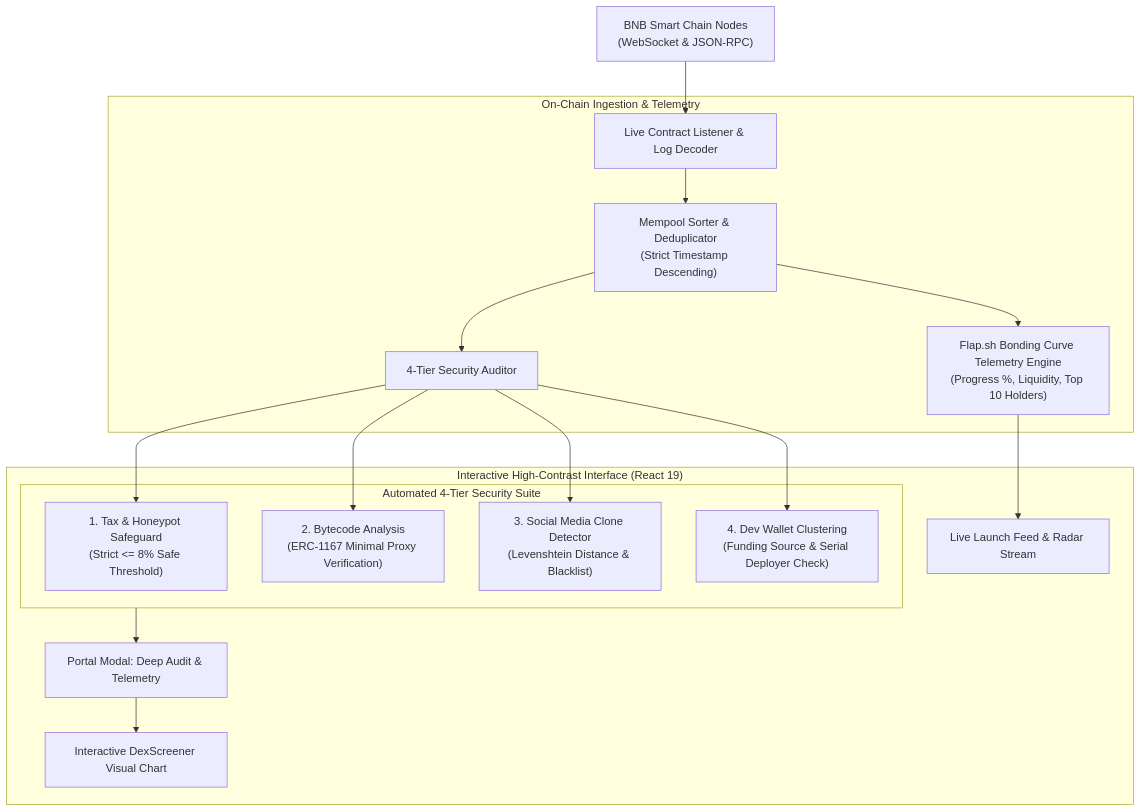
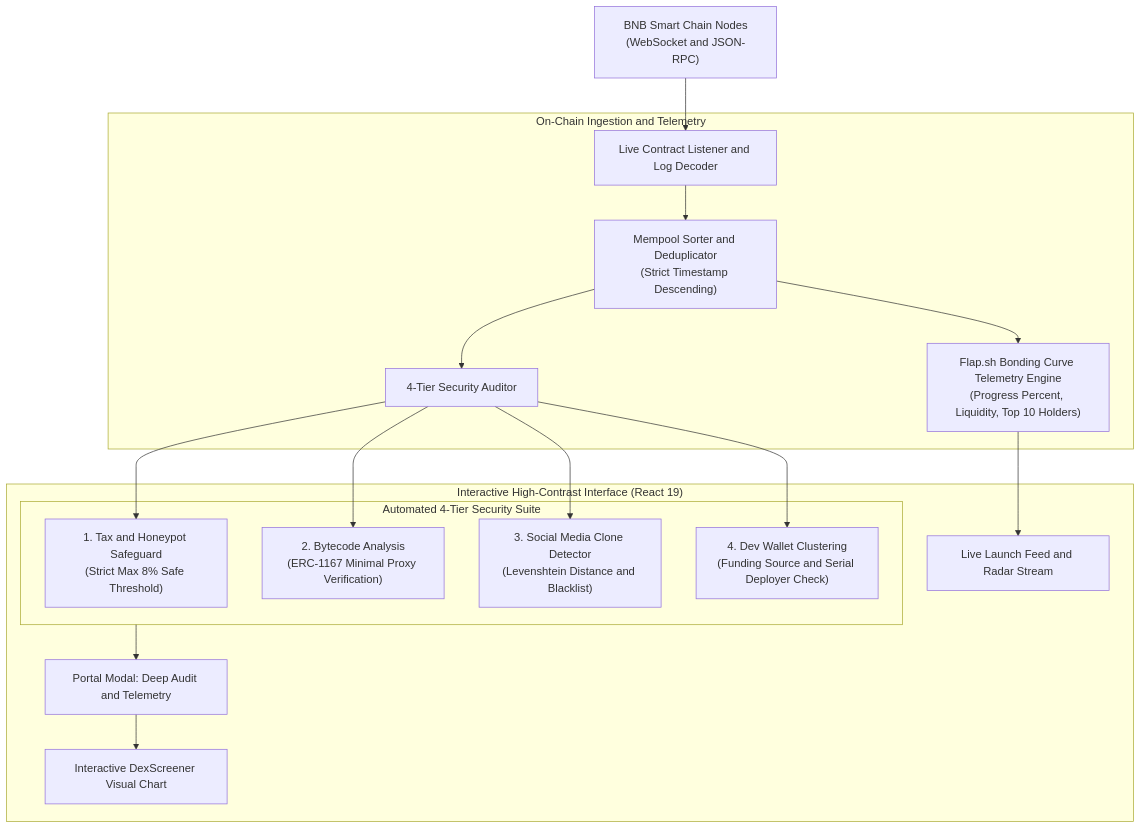
The diagram in README.md (Lukecele/inception-flap-scanner), drawn with Mermaid before and after one commit.

Commit message:
fix(docs): resolve mobile Mermaid rendering syntax error

````diff
--- a/README.md
+++ b/README.md
@@ -28,23 +28,23 @@
 ```mermaid
 flowchart TD
-    Node["BNB Smart Chain Nodes\n(WebSocket & JSON-RPC)"] --> Ingestion["Live Contract Listener & Log Decoder"]
+    Node["BNB Smart Chain Nodes<br/>(WebSocket and JSON-RPC)"] --> Ingestion["Live Contract Listener and Log Decoder"]
     
-    subgraph CoreEngine ["On-Chain Ingestion & Telemetry"]
-        Ingestion --> Sorter["Mempool Sorter & Deduplicator\n(Strict Timestamp Descending)"]
+    subgraph CoreEngine["On-Chain Ingestion and Telemetry"]
+        Ingestion --> Sorter["Mempool Sorter and Deduplicator<br/>(Strict Timestamp Descending)"]
         Sorter --> Auditor["4-Tier Security Auditor"]
-        Sorter --> CurveTelemetry["Flap.sh Bonding Curve Telemetry Engine\n(Progress %, Liquidity, Top 10 Holders)"]
+        Sorter --> CurveTelemetry["Flap.sh Bonding Curve Telemetry Engine<br/>(Progress Percent, Liquidity, Top 10 Holders)"]
     end
 
-    subgraph SecurityChecks ["Automated 4-Tier Security Suite"]
-        Auditor --> Tax["1. Tax & Honeypot Safeguard\n(Strict <= 8% Safe Threshold)"]
-        Auditor --> Proxy["2. Bytecode Analysis\n(ERC-1167 Minimal Proxy Verification)"]
-        Auditor --> Phish["3. Social Media Clone Detector\n(Levenshtein Distance & Blacklist)"]
-        Auditor --> Dev["4. Dev Wallet Clustering\n(Funding Source & Serial Deployer Check)"]
+    subgraph SecurityChecks["Automated 4-Tier Security Suite"]
+        Auditor --> Tax["1. Tax and Honeypot Safeguard<br/>(Strict Max 8% Safe Threshold)"]
+        Auditor --> Proxy["2. Bytecode Analysis<br/>(ERC-1167 Minimal Proxy Verification)"]
+        Auditor --> Phish["3. Social Media Clone Detector<br/>(Levenshtein Distance and Blacklist)"]
+        Auditor --> Dev["4. Dev Wallet Clustering<br/>(Funding Source and Serial Deployer Check)"]
     end
 
-    subgraph UI ["Interactive High-Contrast Interface (React 19)"]
-        CurveTelemetry --> TerminalUI["Live Launch Feed & Radar Stream"]
-        SecurityChecks --> ModalUI["Portal Modal: Deep Audit & Telemetry"]
+    subgraph UI["Interactive High-Contrast Interface (React 19)"]
+        CurveTelemetry --> TerminalUI["Live Launch Feed and Radar Stream"]
+        SecurityChecks --> ModalUI["Portal Modal: Deep Audit and Telemetry"]
         ModalUI --> DexScreener["Interactive DexScreener Visual Chart"]
     end
 ```
````
